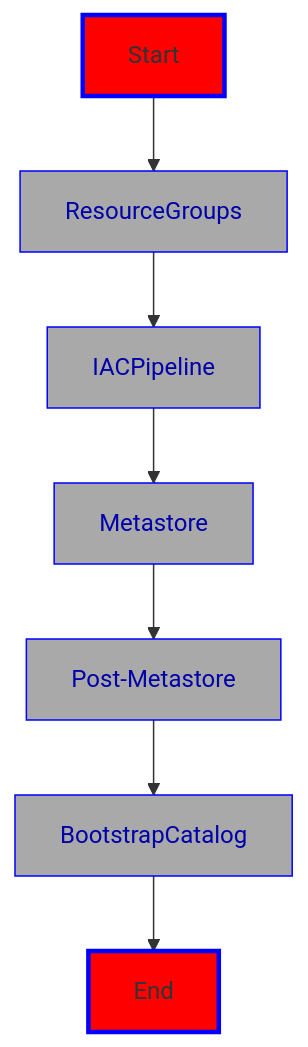
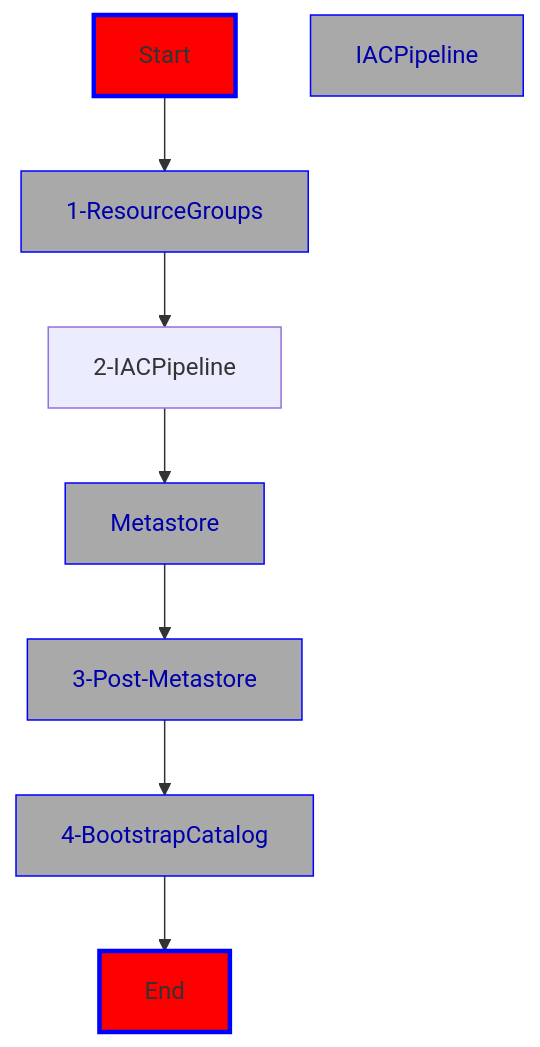
The diagram in iac-adb-360/README.md (Azure/Databricks360), drawn with Mermaid before and after one commit.

Commit message:
readme: numbers:

````diff
--- a/iac-adb-360/README.md
+++ b/iac-adb-360/README.md
@@ -14,17 +14,17 @@
 ```mermaid
 flowchart TD
-Start --> ResourceGroups
+Start --> 1-ResourceGroups
 style Start fill:red,stroke:blue,stroke-width:3px,shadow:shadow
-ResourceGroups --> IACPipeline
-style ResourceGroups fill:darkgray,stroke:blue,stroke-witdth:3px,shadow:shadow,color:#0000aa
-IACPipeline --> Metastore
+1-ResourceGroups --> 2-IACPipeline
+style 1-ResourceGroups fill:darkgray,stroke:blue,stroke-witdth:3px,shadow:shadow,color:#0000aa
+2-IACPipeline --> Metastore
 style IACPipeline fill:darkgray,stroke:blue,stroke-witdth:3px,shadow:shadow,color:#0000aa
-Metastore --> Post-Metastore
+Metastore --> 3-Post-Metastore
 style Metastore fill:darkgray,stroke:blue,stroke-witdth:3px,shadow:shadow,color:#0000aa
-Post-Metastore --> BootstrapCatalog
-style Post-Metastore fill:darkgray,stroke:blue,stroke-witdth:3px,shadow:shadow,color:#0000aa
-BootstrapCatalog --> End
-style BootstrapCatalog fill:darkgray,stroke:blue,stroke-witdth:3px,shadow:shadow,color:#0000aa
+3-Post-Metastore --> 4-BootstrapCatalog
+style 3-Post-Metastore fill:darkgray,stroke:blue,stroke-witdth:3px,shadow:shadow,color:#0000aa
+4-BootstrapCatalog --> End
+style 4-BootstrapCatalog fill:darkgray,stroke:blue,stroke-witdth:3px,shadow:shadow,color:#0000aa
 style End fill:red,stroke:blue,stroke-width:3px,shadow:shadow
 
 ```
````
